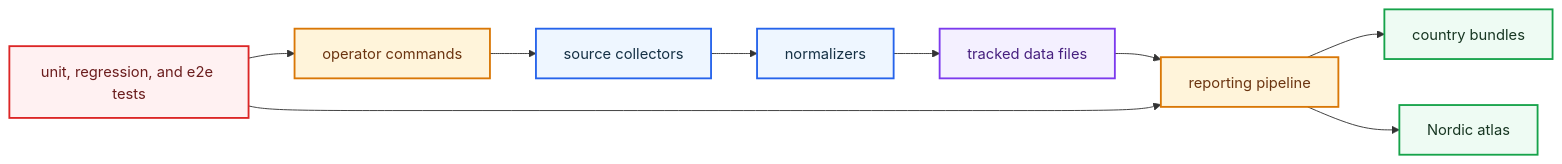
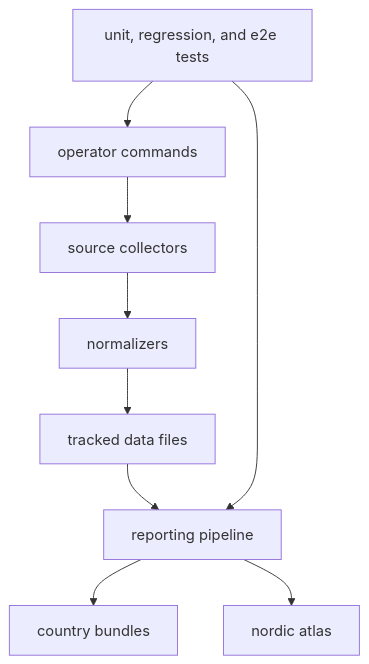
Before and after one commit to bijux/bijux-pollenomics: the diagram in docs/01-bijux-pollenomics/index.md, drawn with Mermaid.

Commit message:
docs(runtime): show runtime collect publish loop

````diff
--- a/docs/01-bijux-pollenomics/index.md
+++ b/docs/01-bijux-pollenomics/index.md
@@ -27,23 +27,20 @@
 ```mermaid
-flowchart LR
-    CLI["operator commands"] --> Collectors["source collectors"]
-    Collectors --> Normalizers["normalizers"]
-    Normalizers --> DataTree["tracked data files"]
-    DataTree --> Reporting["reporting pipeline"]
-    Reporting --> Country["country bundles"]
-    Reporting --> Atlas["Nordic atlas"]
-    Tests["unit, regression, and e2e tests"] --> CLI
-    Tests --> Reporting
+flowchart TB
+    cli["operator commands"]
+    collectors["source collectors"]
+    normalizers["normalizers"]
+    data["tracked data files"]
+    reporting["reporting pipeline"]
+    country["country bundles"]
+    atlas["nordic atlas"]
+    tests["unit, regression, and e2e tests"]
 
-    class CLI,Reporting action;
-    class Collectors,Normalizers page;
-    class DataTree anchor;
-    class Country,Atlas positive;
-    class Tests caution;
-
-    classDef page fill:#eef6ff,stroke:#2563eb,color:#153145,stroke-width:2px;
-    classDef positive fill:#eefbf3,stroke:#16a34a,color:#173622,stroke-width:2px;
-    classDef caution fill:#fff1f2,stroke:#dc2626,color:#6b1d1d,stroke-width:2px;
-    classDef anchor fill:#f4f0ff,stroke:#7c3aed,color:#47207f,stroke-width:2px;
-    classDef action fill:#fff4da,stroke:#d97706,color:#6b3410,stroke-width:2px;
+    cli --> collectors
+    collectors --> normalizers
+    normalizers --> data
+    data --> reporting
+    reporting --> country
+    reporting --> atlas
+    tests --> cli
+    tests --> reporting
 ```
````
